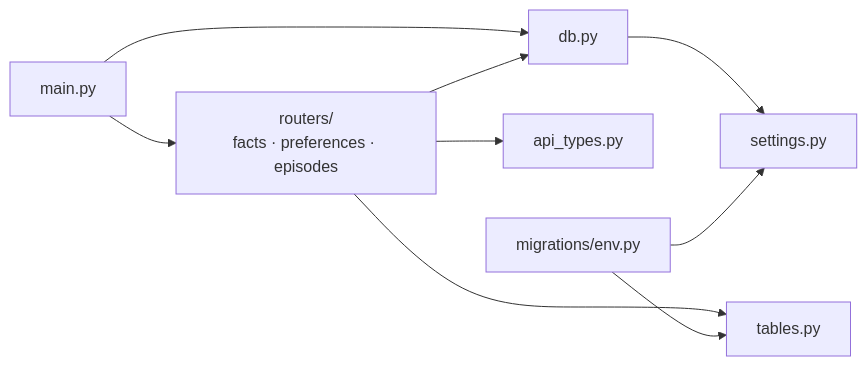
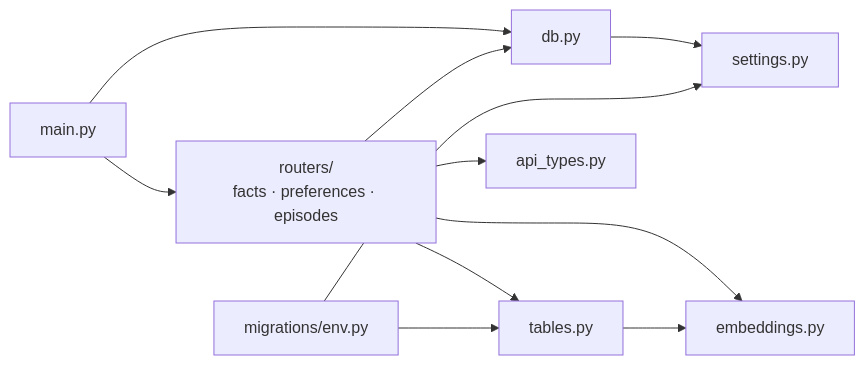
Before and after one commit to ZiadHendawy/mutable: the eighth of 23 diagrams in docs/design.md, drawn with Mermaid. The commit also changed other lines of this file and 10 other files, not shown here.

````diff
--- a/docs/design.md
+++ b/docs/design.md
@@ -585,11 +592,13 @@
 ```mermaid
 flowchart LR
     main["main.py"] --> routers["routers/<br/>facts · preferences · episodes"]
     main --> dbmod["db.py"]
     routers --> dbmod
     routers --> tables["tables.py"]
     routers --> apitypes["api_types.py"]
+    routers --> embeddings["embeddings.py"]
+    tables --> embeddings
     dbmod --> settingsmod["settings.py"]
     env["migrations/env.py"] --> settingsmod
     env --> tables
 ```
````
